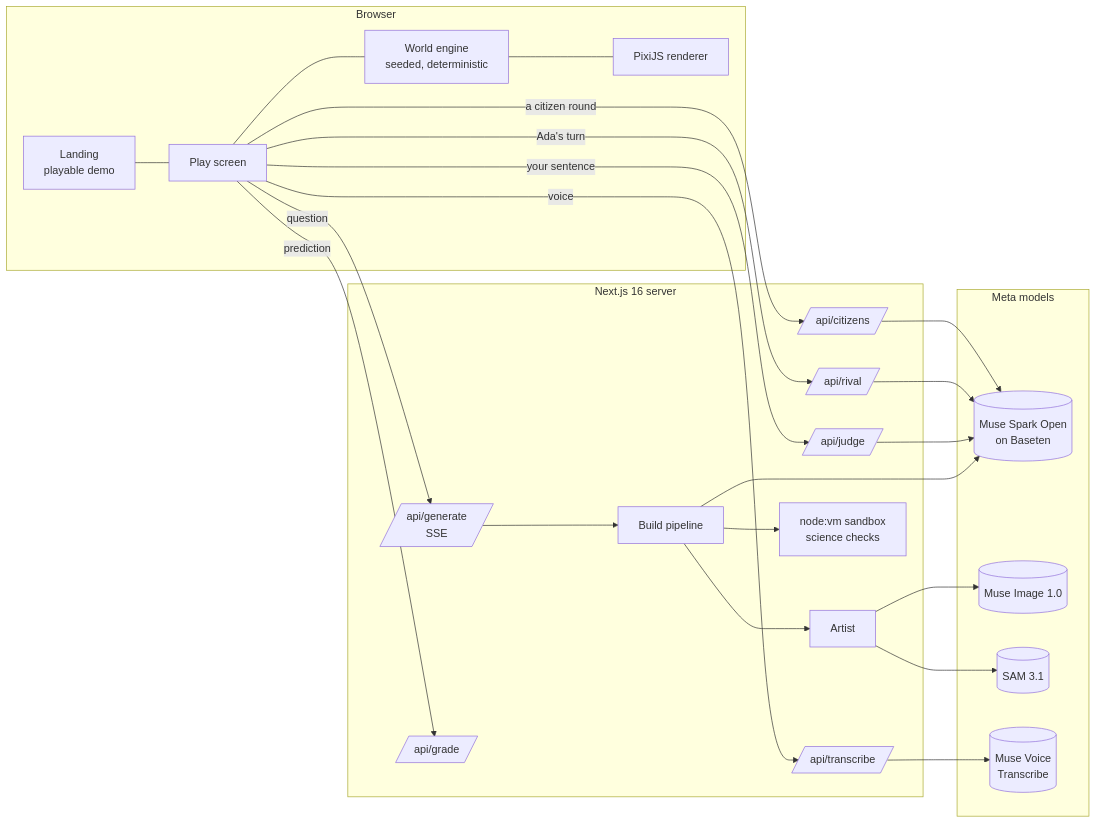
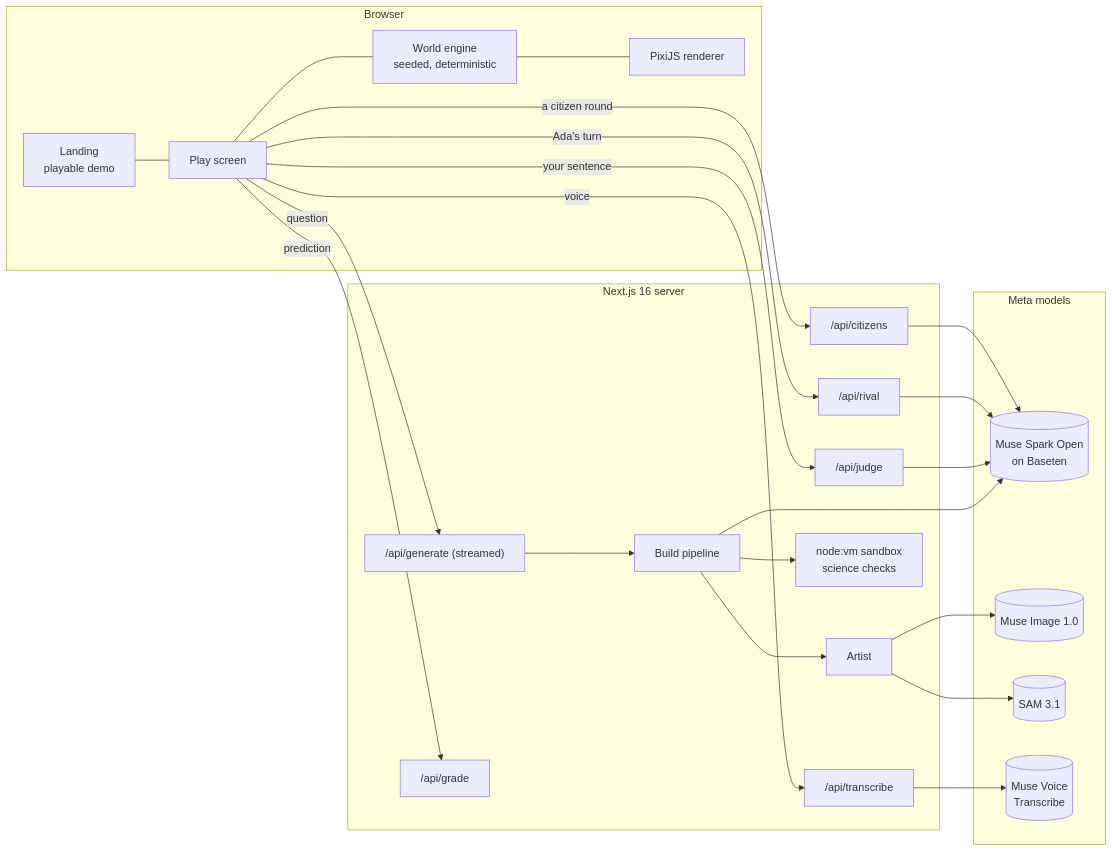
The first of 3 diagrams in README.md (vidigoat/wonderland), drawn with Mermaid before and after one commit. The commit also changed other lines of this file, not shown here.

Commit message:
README diagrams: quote every label so GitHub renders them exactly

````diff
--- a/README.md
+++ b/README.md
@@ -109,37 +109,37 @@
 ```mermaid
 flowchart LR
   subgraph Browser
     L[Landing<br/>playable demo] --- P[Play screen]
     P --- E[World engine<br/>seeded, deterministic]
     E --- R[PixiJS renderer]
   end
   subgraph Server["Next.js 16 server"]
-    G[/api/generate<br/>SSE/] --> PL[Build pipeline]
-    J[/api/judge/]
-    A[/api/rival/]
-    C[/api/citizens/]
-    T[/api/transcribe/]
-    GR[/api/grade/]
-    PL --> SB[node:vm sandbox<br/>science checks]
+    G["/api/generate (streamed)"] --> PL[Build pipeline]
+    J["/api/judge"]
+    A["/api/rival"]
+    C["/api/citizens"]
+    T["/api/transcribe"]
+    GR["/api/grade"]
+    PL --> SB["node:vm sandbox<br/>science checks"]
     PL --> ART[Artist]
   end
   subgraph Meta["Meta models"]
     SO[(Muse Spark Open<br/>on Baseten)]
     MI[(Muse Image 1.0)]
     SAM[(SAM 3.1)]
     VT[(Muse Voice<br/>Transcribe)]
   end
   P -- question --> G
   P -- "your sentence" --> J
   P -- "Ada's turn" --> A
   P -- "a citizen round" --> C
   P -- voice --> T
   P -- prediction --> GR
   PL --> SO
   J --> SO
   A --> SO
   C --> SO
   T --> VT
   ART --> MI
   ART --> SAM
 ```
````
